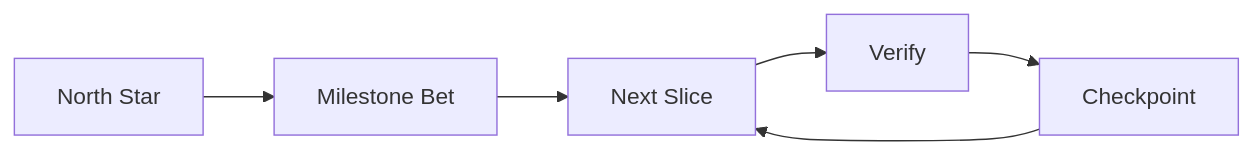
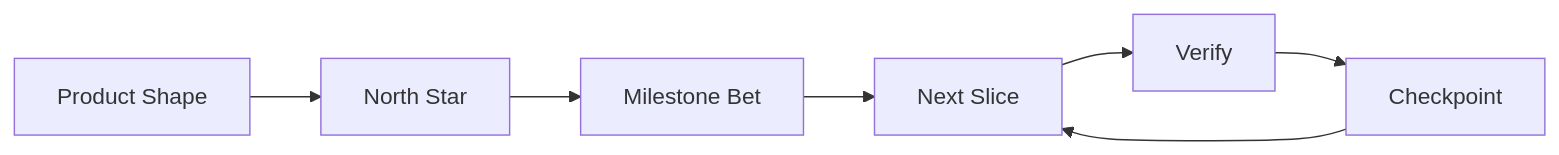
Before and after one commit to B67687/agentic-workflows: the diagram in docs/workspace-system-overview.md, drawn with Mermaid. The commit also changed other lines of this file and 22 other files, not shown here.

````diff
--- a/docs/workspace-system-overview.md
+++ b/docs/workspace-system-overview.md
@@ -82,8 +82,9 @@
 ```mermaid
 flowchart LR
-    A["North Star"] --> B["Milestone Bet"]
-    B --> C["Next Slice"]
-    C --> D["Verify"]
-    D --> E["Checkpoint"]
-    E --> C
+    A["Product Shape"] --> B["North Star"]
+    B --> C["Milestone Bet"]
+    C --> D["Next Slice"]
+    D --> E["Verify"]
+    E --> F["Checkpoint"]
+    F --> D
 ```
````
